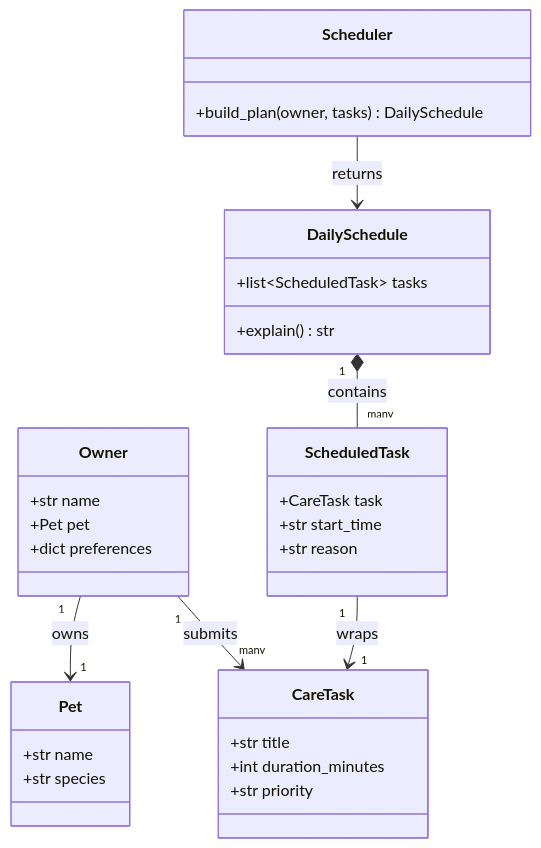
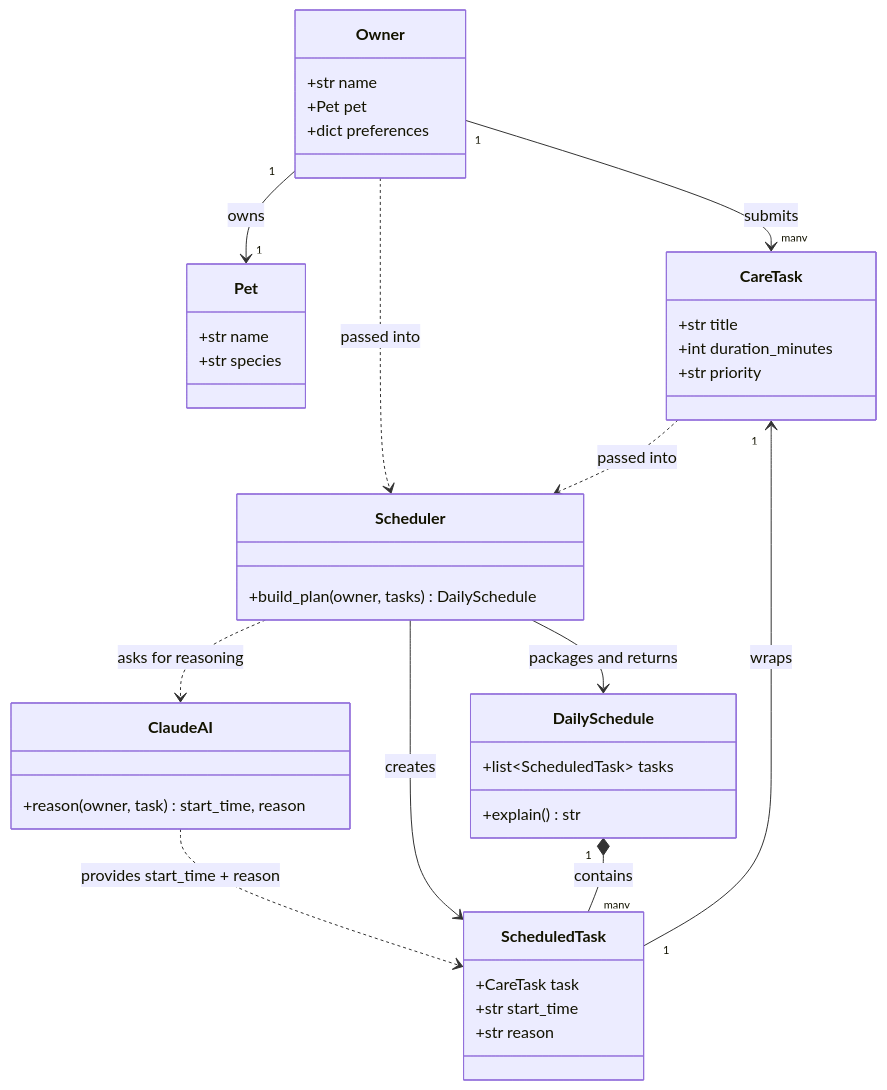
The diagram in class_diagram.mmd (JohnQuiruz/ai110-module2show-pawpal-starter), drawn with Mermaid before and after one commit.

Commit message:
Add new draft for class_diagram.mmd

```diff
--- a/class_diagram.mmd
+++ b/class_diagram.mmd
@@ -1,38 +1,47 @@
 classDiagram
     class Owner {
         +str name
         +Pet pet
         +dict preferences
     }
 
     class Pet {
         +str name
         +str species
     }
 
     class CareTask {
         +str title
         +int duration_minutes
         +str priority
     }
 
     class ScheduledTask {
         +CareTask task
         +str start_time
         +str reason
     }
 
     class DailySchedule {
         +list~ScheduledTask~ tasks
         +explain() str
     }
 
     class Scheduler {
         +build_plan(owner, tasks) DailySchedule
     }
 
+    class ClaudeAI {
+        +reason(owner, task) start_time, reason
+    }
+
     Owner "1" --> "1" Pet : owns
     Owner "1" --> "many" CareTask : submits
-    Scheduler --> DailySchedule : returns
+    Owner ..> Scheduler : passed into
+    CareTask ..> Scheduler : passed into
+    Scheduler ..> ClaudeAI : asks for reasoning
+    ClaudeAI ..> ScheduledTask : provides start_time + reason
+    Scheduler --> ScheduledTask : creates
+    Scheduler --> DailySchedule : packages and returns
     DailySchedule "1" *-- "many" ScheduledTask : contains
     ScheduledTask "1" --> "1" CareTask : wraps
```
